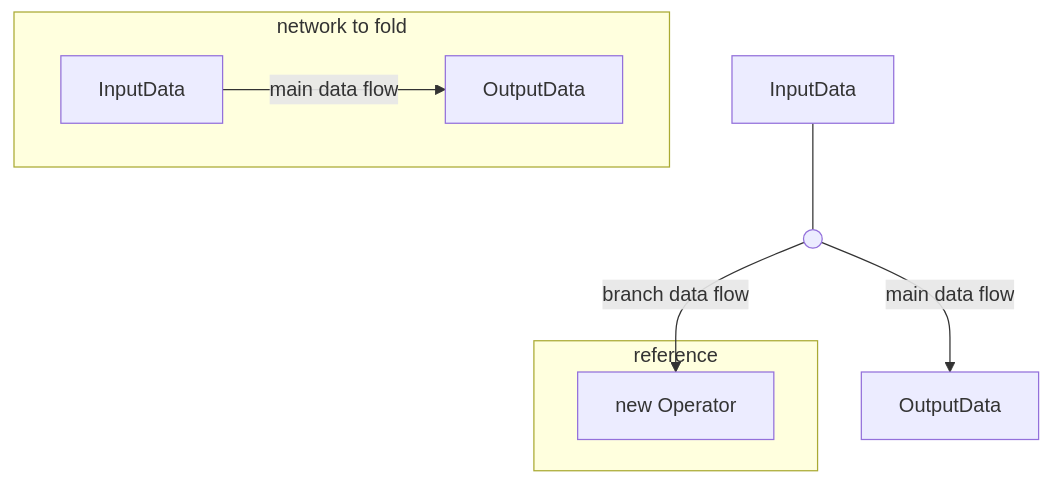
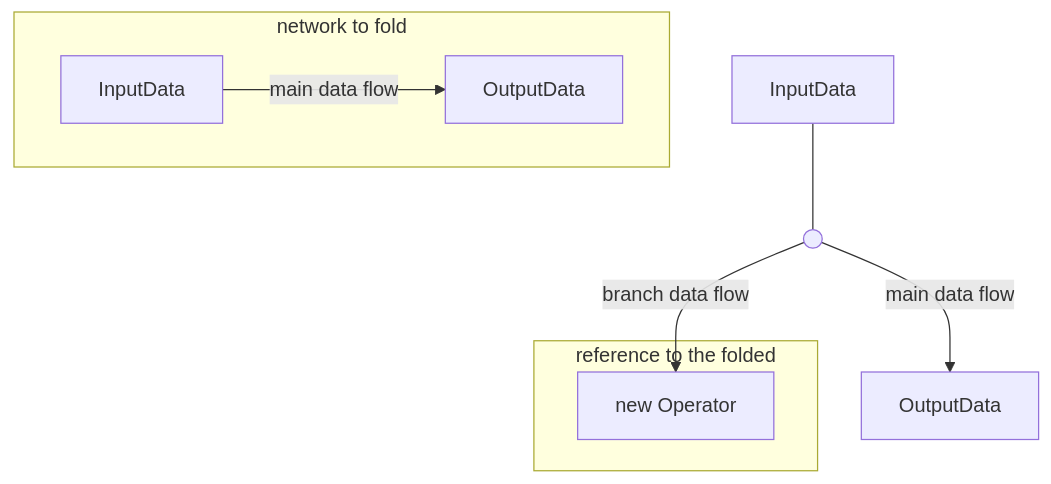
The tenth of 11 diagrams in readme.md (windwhiterain/Elf), drawn with Mermaid before and after one commit. The commit also changed other lines of this file, not shown here.

````diff
--- a/readme.md
+++ b/readme.md
@@ -211,15 +211,15 @@
 ```mermaid
 graph TB
     subgraph g1[network to fold]
         in1[InputData]
         out1[OutputData]
         in1--main data flow-->out1
     end
     in2[InputData]
     out2[OutputData]
     in2--- o1(( ))--main data flow-->out2
-    subgraph g3[reference]
+    subgraph g3[reference to the folded]
         op1[new Operator]
     end
     o1--branch data flow-->op1
 ```
````
